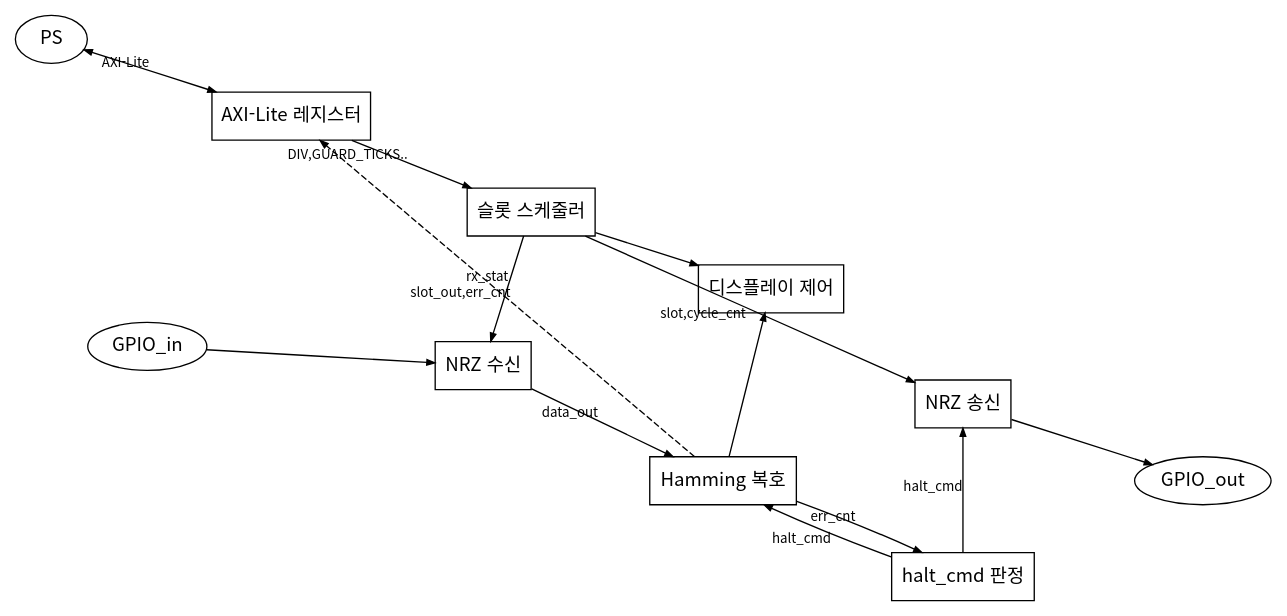
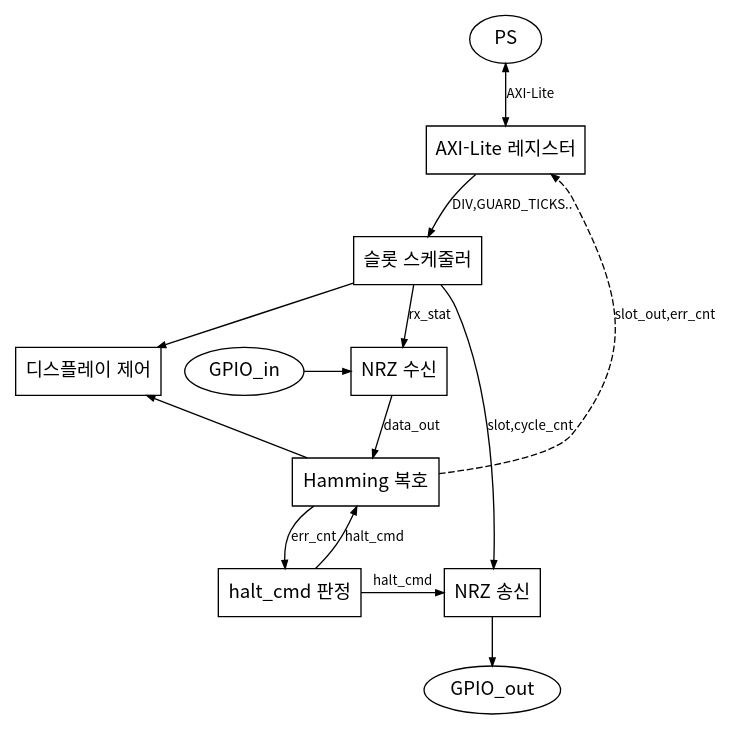
The diagram in diagrams/level3_master_internal.dot (Woodong02/SoC_Design_and_Programming), drawn with Graphviz before and after one commit. The commit also changed 5 other files, not shown here.

Commit message:
3계층 다이어그램을 rank=same 그리드 방식으로 재작성 (공간 낭비 해소)

```diff
--- a/diagrams/level3_master_internal.dot
+++ b/diagrams/level3_master_internal.dot
@@ -1,31 +1,39 @@
 digraph G {
-    layout=neato;
+    rankdir=TB;
     fontname="Noto Sans CJK KR";
     node [shape=box, fontname="Noto Sans CJK KR", fontsize=14, color=black];
     edge [fontname="Noto Sans CJK KR", fontsize=10, color=black, arrowsize=0.6];
 
-    PS     [label="PS", shape=ellipse, pos="0,7!"];
-    AXI    [label="AXI-Lite 레지스터", pos="2.5,6.2!"];
-    SLOT   [label="슬롯 스케줄러", pos="5,5.2!"];
-    GPIOIN [label="GPIO_in", shape=ellipse, pos="1,3.8!"];
-    RX     [label="NRZ 수신", pos="4.5,3.6!"];
-    DISP   [label="디스플레이 제어", pos="7.5,4.4!"];
-    DEC    [label="Hamming 복호", pos="7,2.4!"];
-    HALT   [label="halt_cmd 판정", pos="9.5,1.4!"];
-    TX     [label="NRZ 송신", pos="9.5,3.2!"];
-    GPIOOUT [label="GPIO_out", shape=ellipse, pos="12,2.4!"];
+    PS     [label="PS", shape=ellipse];
+    AXI    [label="AXI-Lite 레지스터"];
+    SLOT   [label="슬롯 스케줄러"];
+    GPIOIN [label="GPIO_in", shape=ellipse];
+    RX     [label="NRZ 수신"];
+    DISP   [label="디스플레이 제어"];
+    DEC    [label="Hamming 복호"];
+    HALT   [label="halt_cmd 판정"];
+    TX     [label="NRZ 송신"];
+    GPIOOUT [label="GPIO_out", shape=ellipse];
+
+    { rank=same; PS; }
+    { rank=same; AXI; }
+    { rank=same; SLOT; }
+    { rank=same; GPIOIN; RX; DISP; }
+    { rank=same; DEC; }
+    { rank=same; HALT; TX; }
+    { rank=same; GPIOOUT; }
 
     PS -> AXI [label="AXI-Lite", dir=both];
     AXI -> SLOT [label="DIV,GUARD_TICKS.."];
     GPIOIN -> RX;
     SLOT -> RX [label="rx_stat"];
+    SLOT -> DISP;
     RX -> DEC [label="data_out"];
+    DEC -> DISP;
     DEC -> HALT [label="err_cnt"];
     HALT -> TX [label="halt_cmd"];
     HALT -> DEC [label="halt_cmd"];
     SLOT -> TX [label="slot,cycle_cnt"];
     DEC -> AXI [label="slot_out,err_cnt", style=dashed];
-    SLOT -> DISP;
-    DEC -> DISP;
     TX -> GPIOOUT;
 }
```
